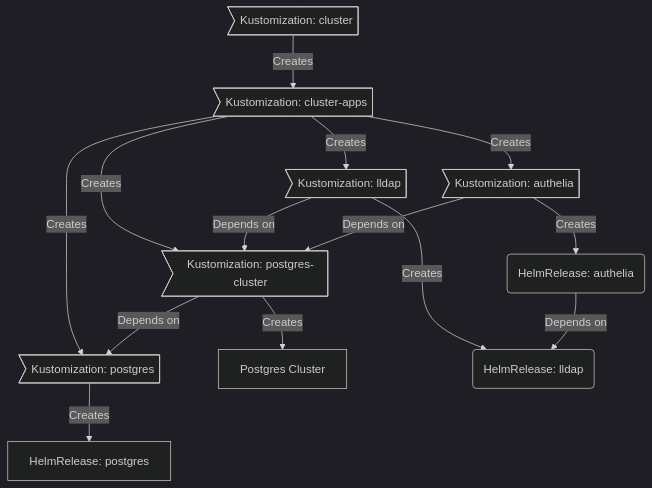
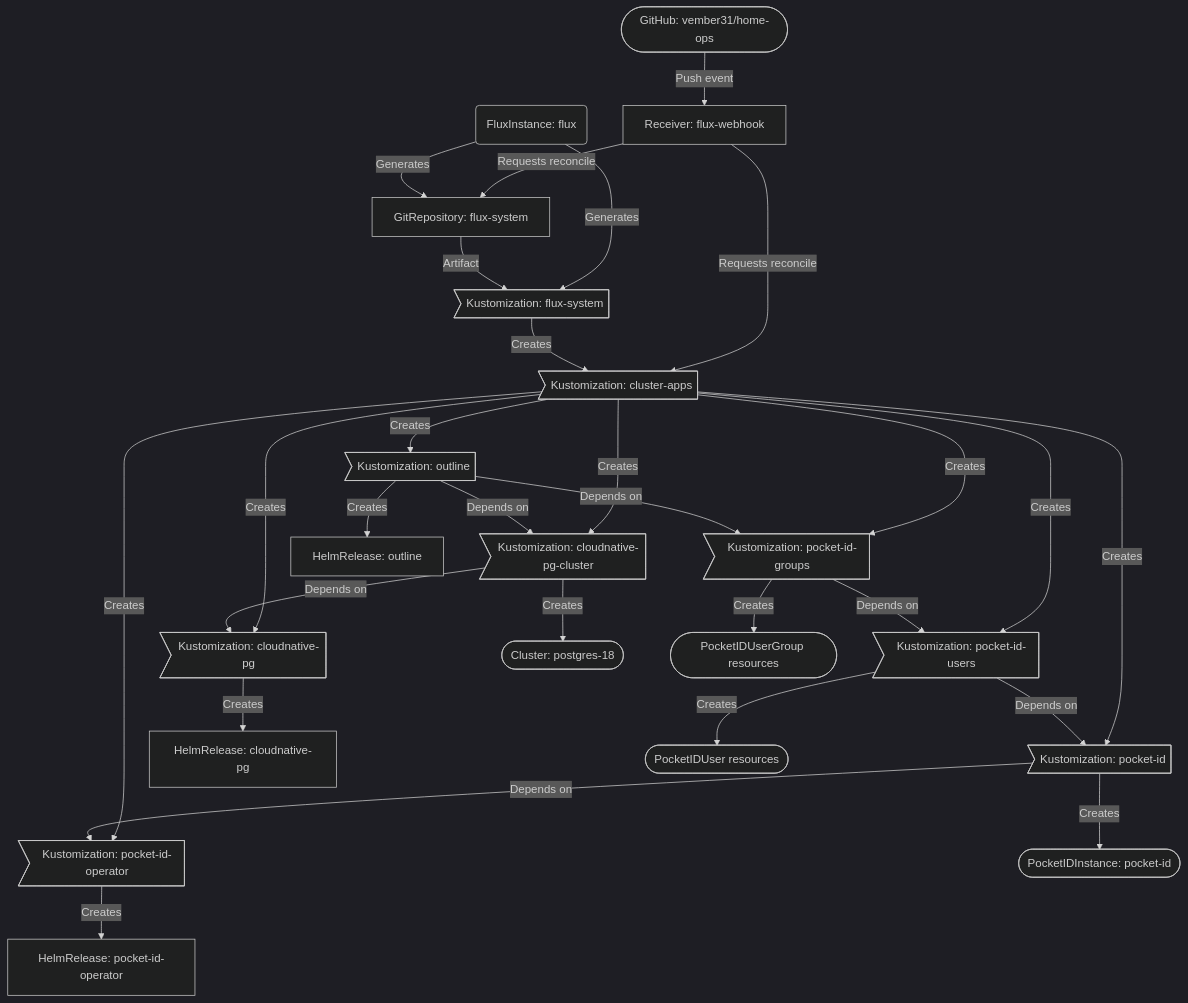
Before and after one commit to vember31/home-ops: the diagram in README.md, drawn with Mermaid (dark theme). The commit also changed other lines of this file, not shown here.

Commit message:
docs(readme): rewrite Flux workflow diagram with actual services

````diff
--- a/README.md
+++ b/README.md
@@ -71,16 +73,30 @@
 ```mermaid
 graph TD;
-  id1>Kustomization: cluster] -->|Creates| id2>Kustomization: cluster-apps];
-  id2>Kustomization: cluster-apps] -->|Creates| id3>Kustomization: postgres];
-  id2>Kustomization: cluster-apps] -->|Creates| id6>Kustomization: lldap]
-  id2>Kustomization: cluster-apps] -->|Creates| id8>Kustomization: authelia]
-  id2>Kustomization: cluster-apps] -->|Creates| id5>Kustomization: postgres-cluster]
-  id3>Kustomization: postgres] -->|Creates| id4[HelmRelease: postgres];
-  id5>Kustomization: postgres-cluster] -->|Depends on| id3>Kustomization: postgres];
-  id5>Kustomization: postgres-cluster] -->|Creates| id10[Postgres Cluster];
-  id6>Kustomization: lldap] -->|Creates| id7(HelmRelease: lldap);
-  id6>Kustomization: lldap] -->|Depends on| id5>Kustomization: postgres-cluster];
-  id8>Kustomization: authelia] -->|Creates| id9(HelmRelease: authelia);
-  id8>Kustomization: authelia] -->|Depends on| id5>Kustomization: postgres-cluster];
-  id9(HelmRelease: authelia) -->|Depends on| id7(HelmRelease: lldap);
+  id1([GitHub: vember31/home-ops]) -->|Push event| id2[Receiver: flux-webhook];
+  id2 -->|Requests reconcile| id3[GitRepository: flux-system];
+  id2 -->|Requests reconcile| id4>Kustomization: cluster-apps];
+  id5(FluxInstance: flux) -->|Generates| id3;
+  id5 -->|Generates| id6>Kustomization: flux-system];
+  id3 -->|Artifact| id6;
+  id6 -->|Creates| id4;
+  id4 -->|Creates| id7>Kustomization: cloudnative-pg];
+  id4 -->|Creates| id9>Kustomization: cloudnative-pg-cluster];
+  id4 -->|Creates| id11>Kustomization: pocket-id-operator];
+  id4 -->|Creates| id13>Kustomization: pocket-id];
+  id4 -->|Creates| id15>Kustomization: pocket-id-users];
+  id4 -->|Creates| id17>Kustomization: pocket-id-groups];
+  id4 -->|Creates| id19>Kustomization: outline];
+  id7 -->|Creates| id8[HelmRelease: cloudnative-pg];
+  id9 -->|Depends on| id7;
+  id9 -->|Creates| id10([Cluster: postgres-18]);
+  id11 -->|Creates| id12[HelmRelease: pocket-id-operator];
+  id13 -->|Depends on| id11;
+  id13 -->|Creates| id14([PocketIDInstance: pocket-id]);
+  id15 -->|Depends on| id13;
+  id15 -->|Creates| id16([PocketIDUser resources]);
+  id17 -->|Depends on| id15;
+  id17 -->|Creates| id18([PocketIDUserGroup resources]);
+  id19 -->|Depends on| id9;
+  id19 -->|Depends on| id17;
+  id19 -->|Creates| id20[HelmRelease: outline];
 ```
````
